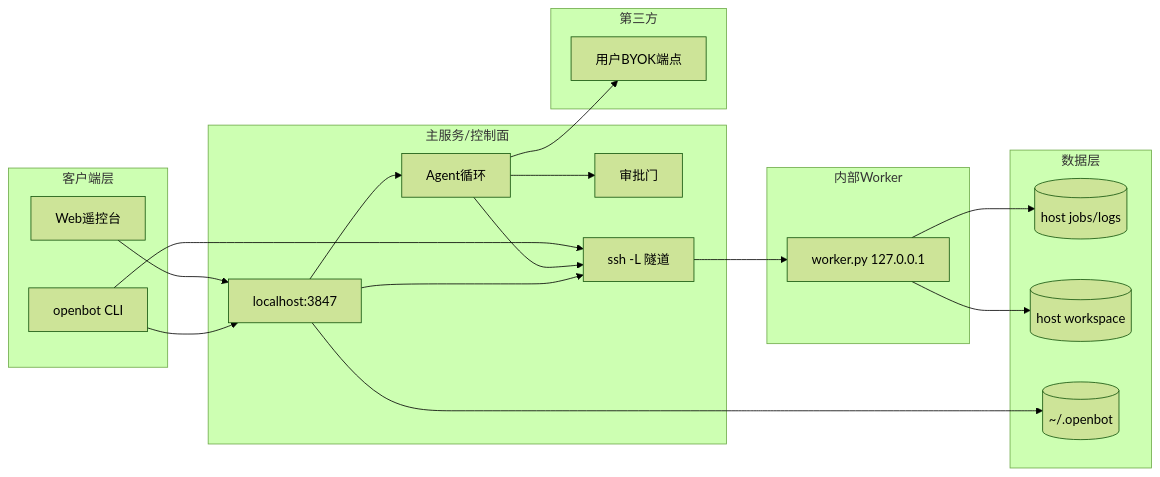
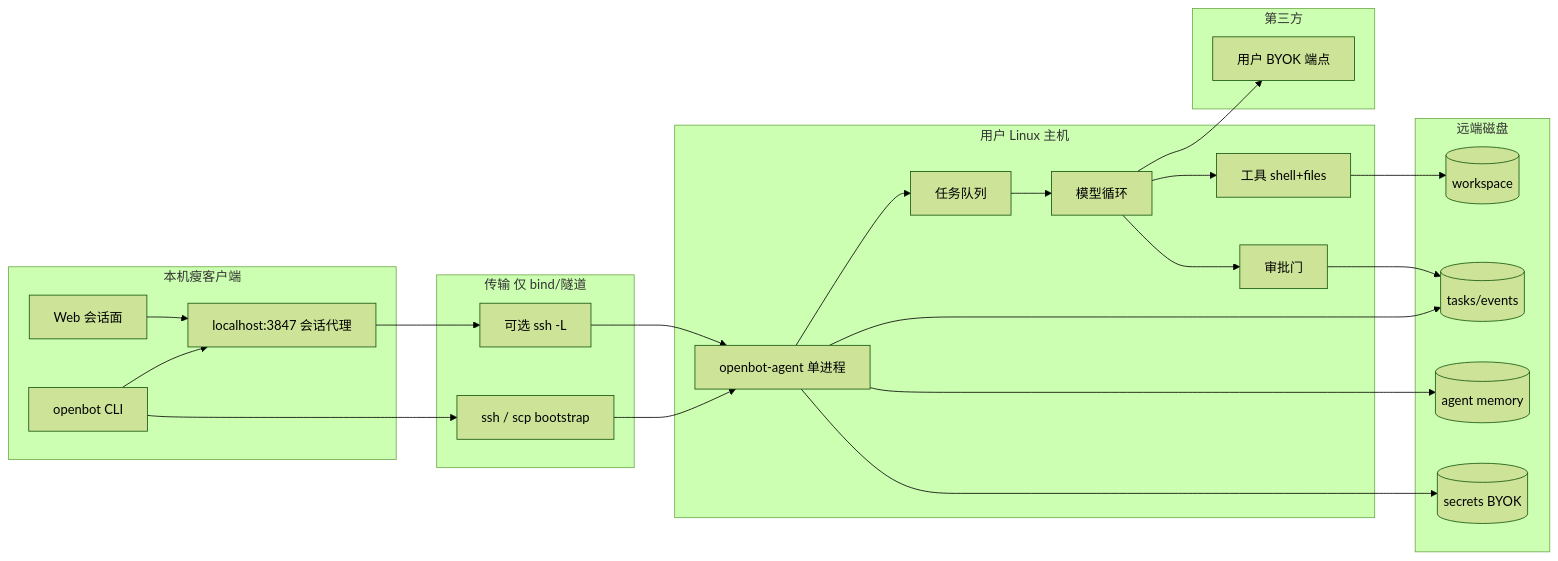
One commit to BiuBiuHu/OpenBot changed the first of 3 diagrams in docs/openbot-mvp/03-architecture/architecture.md. Above: the diagram before and after it, drawn with Mermaid (forest theme). The commit also changed other lines of this file and 12 other files, not shown here.

First line of the commit message:
docs: 锁定远端 openbot-agent 与本机会话面架构

````diff
--- a/docs/openbot-mvp/03-architecture/architecture.md
+++ b/docs/openbot-mvp/03-architecture/architecture.md
@@ -34,36 +74,44 @@
 ```mermaid
 flowchart LR
-  subgraph ClientLayer[客户端层]
-    UI[Web遥控台]
+  subgraph ClientLayer[本机瘦客户端]
+    UI[Web 会话面]
     CLI[openbot CLI]
+    LocalAPI[localhost:3847 会话代理]
   end
-  subgraph ControlLayer[主服务/控制面]
-    API[localhost:3847]
-    Agent[Agent循环]
-    Approval[审批门]
-    Tunnel[ssh -L 隧道]
+  subgraph Transport[传输 仅 bind/隧道]
+    SSH[ssh / scp bootstrap]
+    Tun[可选 ssh -L]
   end
-  subgraph WorkerLayer[内部Worker]
-    W[worker.py 127.0.0.1]
+  subgraph AgentHost[用户 Linux 主机]
+    A[openbot-agent 单进程]
+    Q[任务队列]
+    Loop[模型循环]
+    Tools[工具 shell+files]
+    Gate[审批门]
   end
-  subgraph DataLayer[数据层]
-    Jobs[(host jobs/logs)]
-    WS[(host workspace)]
-    Cfg[(~/.openbot)]
+  subgraph Disk[远端磁盘]
+    Tasks[(tasks/events)]
+    WS[(workspace)]
+    Mem[(agent memory)]
+    Sec[(secrets BYOK)]
   end
   subgraph ThirdParty[第三方]
-    LLM[用户BYOK端点]
+    LLM[用户 BYOK 端点]
   end
-  UI --> API
-  CLI --> API
-  CLI --> Tunnel
-  API --> Agent
-  Agent --> Approval
-  Agent --> Tunnel
-  API --> Tunnel
-  Tunnel --> W
-  W --> Jobs
-  W --> WS
-  API --> Cfg
-  Agent --> LLM
+  UI --> LocalAPI
+  CLI --> LocalAPI
+  CLI --> SSH
+  LocalAPI --> Tun
+  SSH --> A
+  Tun --> A
+  A --> Q
+  Q --> Loop
+  Loop --> LLM
+  Loop --> Tools
+  Loop --> Gate
+  Gate --> Tasks
+  Tools --> WS
+  A --> Tasks
+  A --> Mem
+  A --> Sec
 ```
````
